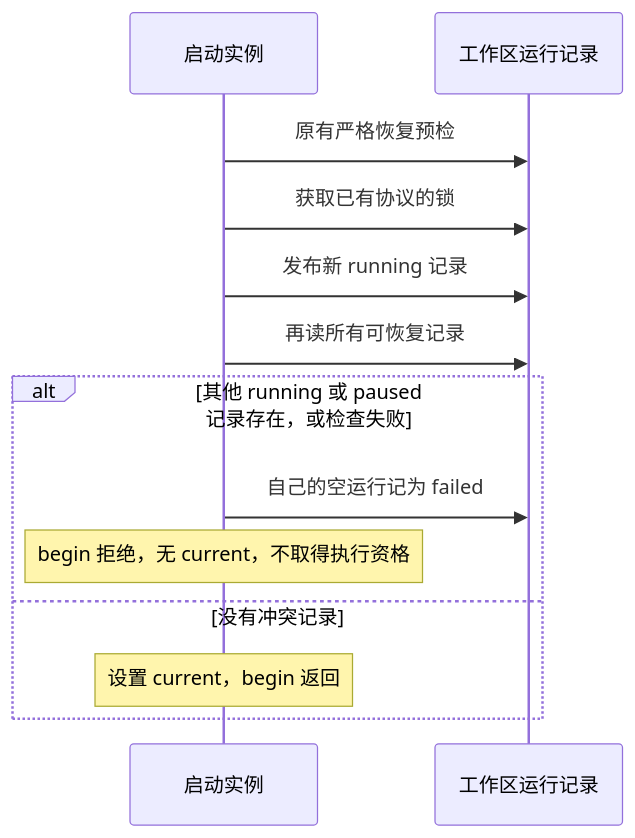
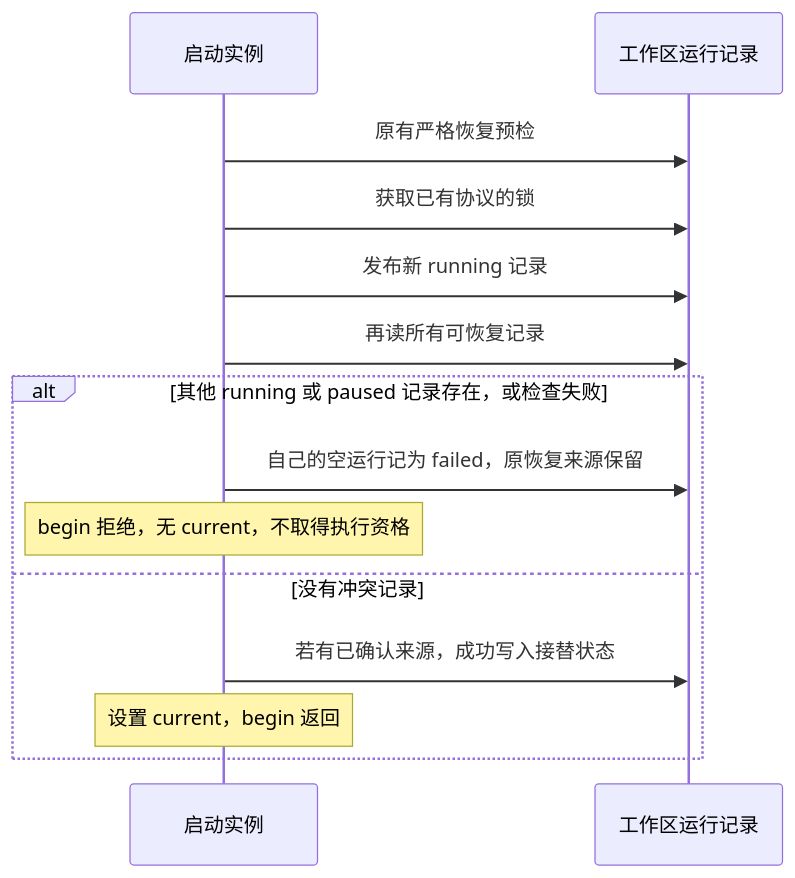
One commit to andrewjr1991/xiu changed the diagram in docs/proposals/TASK_RUN_START_PUBLICATION_2026-11-06.zh-CN.md. Above: the diagram before and after it, drawn with Mermaid. The commit also changed other lines of this file and 8 other files, not shown here.

````diff
--- a/docs/proposals/TASK_RUN_START_PUBLICATION_2026-11-06.zh-CN.md
+++ b/docs/proposals/TASK_RUN_START_PUBLICATION_2026-11-06.zh-CN.md
@@ -18,15 +18,16 @@
 ```mermaid
 sequenceDiagram
   participant A as 启动实例
   participant J as 工作区运行记录
   A->>J: 原有严格恢复预检
   A->>J: 获取已有协议的锁
   A->>J: 发布新 running 记录
   A->>J: 再读所有可恢复记录
   alt 其他 running 或 paused 记录存在，或检查失败
-    A->>J: 自己的空运行记为 failed
+    A->>J: 自己的空运行记为 failed，原恢复来源保留
     Note over A: begin 拒绝，无 current，不取得执行资格
   else 没有冲突记录
+    A->>J: 若有已确认来源，成功写入接替状态
     Note over A: 设置 current，begin 返回
   end
 ```
````
